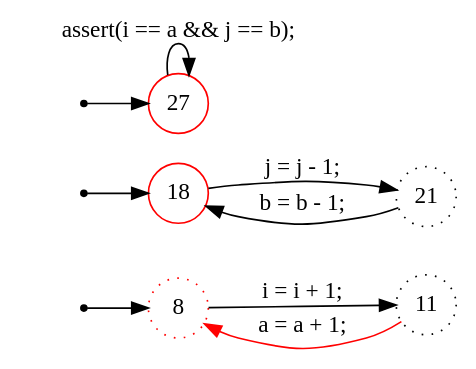
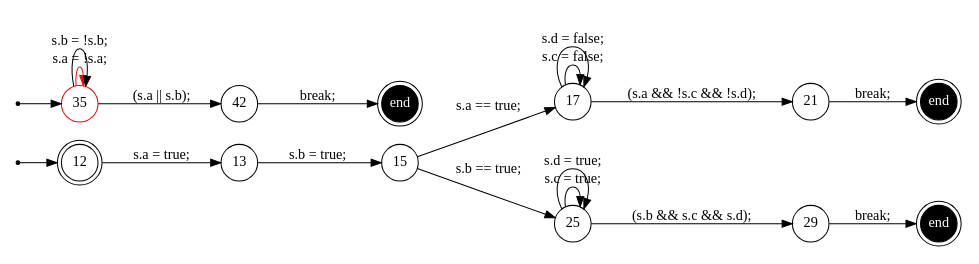
Before and after one commit to samilazregsuidi/Daedalux: the diagram in trace/19.dot, drawn with Graphviz. The commit also changed 49 other files, not shown here.

```diff
--- a/trace/19.dot
+++ b/trace/19.dot
@@ -1,23 +1,37 @@
 digraph finite_state_machine {
 	rankdir=LR
 	size="8,5"
-	94105801518480 [label = 8, shape = doublecircle, color = red, fixedsize = true]; 
-	s94105801518480 [shape = point];
-	94105801510576 [label = 18, shape = doublecircle, color = red, fixedsize = true]; 
-	s94105801510576 [shape = point];
-	94105801511488 [label = 27, shape = doublecircle, color = red, fixedsize = true]; 
-	s94105801511488 [shape = point];
-	 94105801518480 [label = 8, shape = circle, color = red, fixedsize = true , style = dotted];
-	 94105801510304 [label = 11, shape = circle, fixedsize = true , style = dotted];
-	 94105801510576 [label = 18, shape = circle, color = red, fixedsize = true ];
-	 94105801511184 [label = 21, shape = circle, fixedsize = true , style = dotted];
-	 94105801511488 [label = 27, shape = circle, color = red, fixedsize = true ];
-	s94105801518480 -> 94105801518480;
-	s94105801510576 -> 94105801510576;
-	s94105801511488 -> 94105801511488;
-	94105801518480 -> 94105801510304 [ label = "i = i + 1; "];
-	94105801510304 -> 94105801518480 [color = red, label = "a = a + 1; "];
-	94105801510576 -> 94105801511184 [ label = "j = j - 1; "];
-	94105801511184 -> 94105801510576 [ label = "b = b - 1; "];
-	94105801511488 -> 94105801511488 [ label = "assert(i == a && j == b); "];
+	94437505318000 [label = 12, shape = doublecircle, fixedsize = true]; 
+	s94437505318000 [shape = point];
+	94437505313568 [label = 35, shape = doublecircle, color = red, fixedsize = true]; 
+	s94437505313568 [shape = point];
+	e94437505311632 [shape = doublecircle, fixedsize = true, style = filled, fillcolor = black, fontcolor = white,  label = end];
+	e94437505313776 [shape = doublecircle, fixedsize = true, style = filled, fillcolor = black, fontcolor = white,  label = end];
+	e94437505315632 [shape = doublecircle, fixedsize = true, style = filled, fillcolor = black, fontcolor = white,  label = end];
+	 94437505318080 [label = 13, shape = circle, fixedsize = true ];
+	 94437505309632 [label = 15, shape = circle, fixedsize = true ];
+	 94437505310224 [label = 17, shape = circle, fixedsize = true ];
+	 94437505311632 [label = 21, shape = circle, fixedsize = true ];
+	 94437505312144 [label = 25, shape = circle, fixedsize = true ];
+	 94437505313776 [label = 29, shape = circle, fixedsize = true ];
+	 94437505313568 [label = 35, shape = circle, color = red, fixedsize = true ];
+	 94437505315632 [label = 42, shape = circle, fixedsize = true ];
+	s94437505318000 -> 94437505318000;
+	s94437505313568 -> 94437505313568;
+	94437505318000 -> 94437505318080 [ label = "s.a = true; "];
+	94437505318080 -> 94437505309632 [ label = "s.b = true; "];
+	94437505309632 -> 94437505310224 [ label = "s.a == true; "];
+	94437505310224 -> 94437505310224 [ label = "s.c = false; "];
+	94437505310224 -> 94437505310224 [ label = "s.d = false; "];
+	94437505310224 -> 94437505311632 [ label = "(s.a && !s.c && !s.d); "];
+	94437505311632 -> e94437505311632 [ label = "break; "];
+	94437505309632 -> 94437505312144 [ label = "s.b == true; "];
+	94437505312144 -> 94437505312144 [ label = "s.c = true; "];
+	94437505312144 -> 94437505312144 [ label = "s.d = true; "];
+	94437505312144 -> 94437505313776 [ label = "(s.b && s.c && s.d); "];
+	94437505313776 -> e94437505313776 [ label = "break; "];
+	94437505313568 -> 94437505313568 [color = red, label = "s.a = !s.a; "];
+	94437505313568 -> 94437505313568 [ label = "s.b = !s.b; "];
+	94437505313568 -> 94437505315632 [ label = "(s.a || s.b); "];
+	94437505315632 -> e94437505315632 [ label = "break; "];
 }
```
